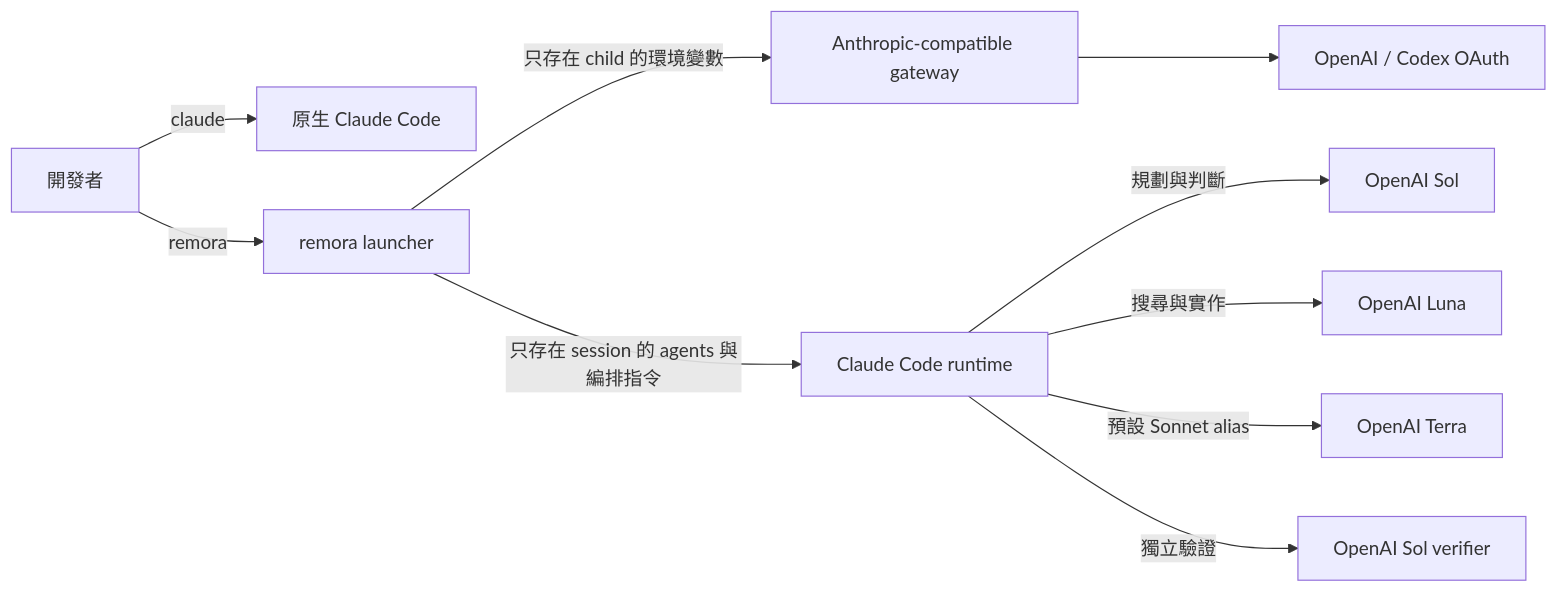
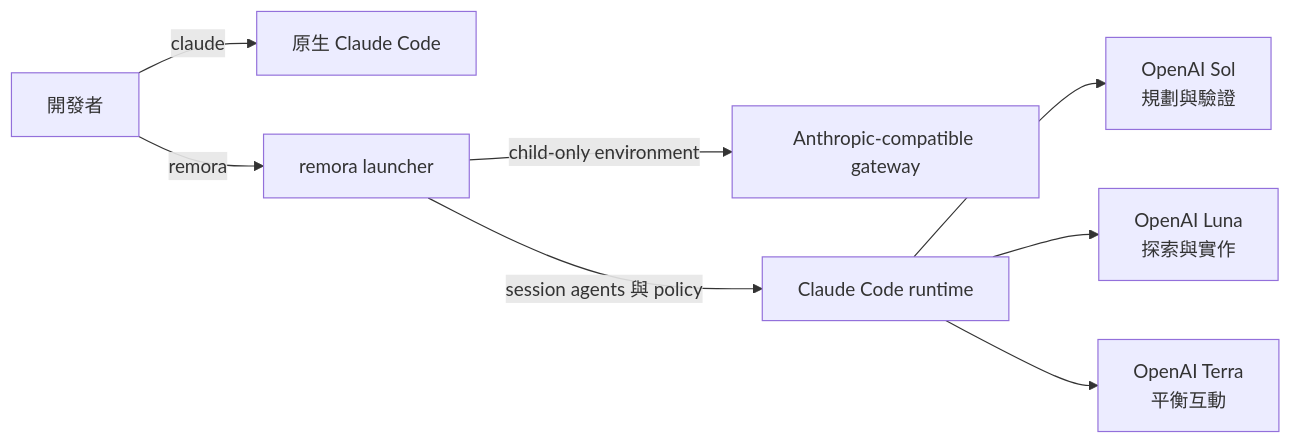
The diagram in README.zh-TW.md (Nanako0129/remora-cc), drawn with Mermaid before and after one commit. The commit also changed other lines of this file and 9 other files, not shown here.

````diff
--- a/README.zh-TW.md
+++ b/README.zh-TW.md
@@ -52,12 +49,13 @@
 ```mermaid
 flowchart LR
-    U[開發者] -->|claude| N[原生 Claude Code]
-    U -->|remora| R[remora launcher]
-    R -->|只存在 child 的環境變數| G[Anthropic-compatible gateway]
-    R -->|只存在 session 的 agents 與編排指令| C[Claude Code runtime]
-    C -->|規劃與判斷| SOL[OpenAI Sol]
-    C -->|搜尋與實作| LUNA[OpenAI Luna]
-    C -->|預設 Sonnet alias| TERRA[OpenAI Terra]
-    C -->|獨立驗證| V[OpenAI Sol verifier]
-    G --> OAI[OpenAI / Codex OAuth]
+    USER["開發者"] -->|claude| NATIVE["原生 Claude Code"]
+    USER -->|remora| LAUNCHER["remora launcher"]
+    LAUNCHER -->|child-only environment| GATEWAY["Anthropic-compatible gateway"]
+    LAUNCHER -->|session agents 與 policy| RUNTIME["Claude Code runtime"]
+    RUNTIME --> SOL["OpenAI Sol
+規劃與驗證"]
+    RUNTIME --> LUNA["OpenAI Luna
+探索與實作"]
+    RUNTIME --> TERRA["OpenAI Terra
+平衡互動"]
 ```
````
